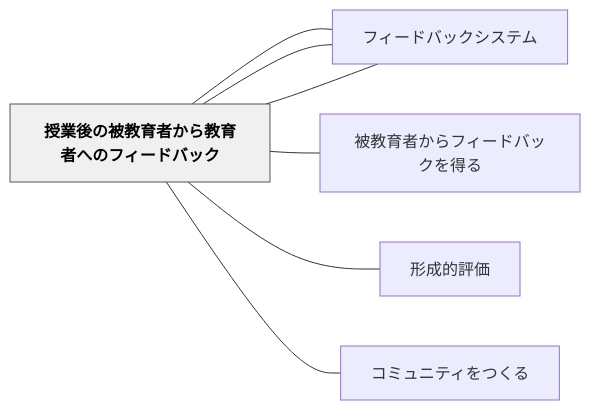
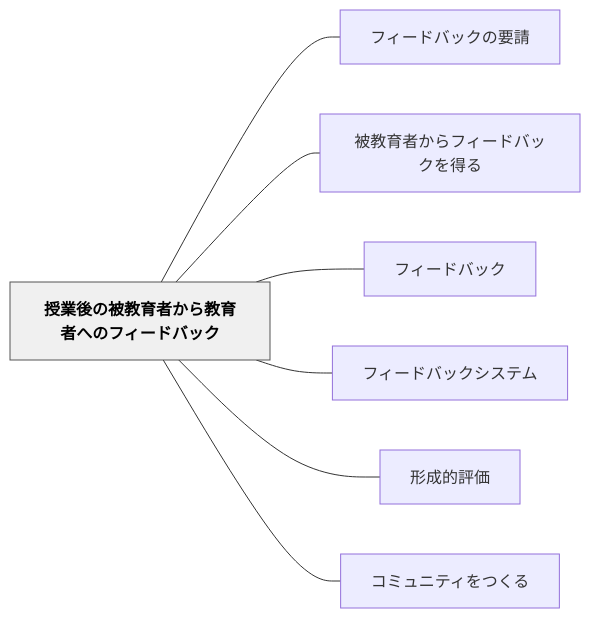
The diagram in content/パタン/授業後の被教育者から教育者へのフィードバック.md (unknownthings-ed-patterns/unknownthings-ed-patterns), drawn with Mermaid before and after one commit. The commit also changed 527 other files, not shown here.

````diff
--- a/content/パタン/授業後の被教育者から教育者へのフィードバック.md
+++ b/content/パタン/授業後の被教育者から教育者へのフィードバック.md
@@ -54,20 +54,20 @@
 ```mermaid
 flowchart LR
-    ne68e88e6a5ad["授業後の被教育者から教育者へのフィードバック"]
-    ne38395e382a3["フィードバックの要請"]
-    ne8a2abe69599["被教育者からフィードバックを得る"]
-    ne38395e382a3["フィードバック"]
-    ne38395e382a3["フィードバックシステム"]
-    ne5bda2e68890["形成的評価"]
-    ne382b3e3839f["コミュニティをつくる"]
+    ne68e88e6a5ade5be8ce381aee8a2abe69599e882b2e88085e3818be38289e69599e882b2e88085e381b8e381aee38395e382a3e383bce38389e38390e38383e382af["授業後の被教育者から教育者へのフィードバック"]
+    ne38395e382a3e383bce38389e38390e38383e382afe381aee8a681e8ab8b["フィードバックの要請"]
+    ne8a2abe69599e882b2e88085e3818be38289e38395e382a3e383bce38389e38390e38383e382afe38292e5be97e3828b["被教育者からフィードバックを得る"]
+    ne38395e382a3e383bce38389e38390e38383e382af["フィードバック"]
+    ne38395e382a3e383bce38389e38390e38383e382afe382b7e382b9e38386e383a0["フィードバックシステム"]
+    ne5bda2e68890e79a84e8a995e4bea1["形成的評価"]
+    ne382b3e3839fe383a5e3838be38386e382a3e38292e381a4e3818fe3828b["コミュニティをつくる"]
 
-    ne68e88e6a5ad --- ne38395e382a3
-    ne68e88e6a5ad --- ne8a2abe69599
-    ne68e88e6a5ad --- ne38395e382a3
-    ne68e88e6a5ad --- ne38395e382a3
-    ne68e88e6a5ad --- ne5bda2e68890
-    ne68e88e6a5ad --- ne382b3e3839f
+    ne68e88e6a5ade5be8ce381aee8a2abe69599e882b2e88085e3818be38289e69599e882b2e88085e381b8e381aee38395e382a3e383bce38389e38390e38383e382af --- ne38395e382a3e383bce38389e38390e38383e382afe381aee8a681e8ab8b
+    ne68e88e6a5ade5be8ce381aee8a2abe69599e882b2e88085e3818be38289e69599e882b2e88085e381b8e381aee38395e382a3e383bce38389e38390e38383e382af --- ne8a2abe69599e882b2e88085e3818be38289e38395e382a3e383bce38389e38390e38383e382afe38292e5be97e3828b
+    ne68e88e6a5ade5be8ce381aee8a2abe69599e882b2e88085e3818be38289e69599e882b2e88085e381b8e381aee38395e382a3e383bce38389e38390e38383e382af --- ne38395e382a3e383bce38389e38390e38383e382af
+    ne68e88e6a5ade5be8ce381aee8a2abe69599e882b2e88085e3818be38289e69599e882b2e88085e381b8e381aee38395e382a3e383bce38389e38390e38383e382af --- ne38395e382a3e383bce38389e38390e38383e382afe382b7e382b9e38386e383a0
+    ne68e88e6a5ade5be8ce381aee8a2abe69599e882b2e88085e3818be38289e69599e882b2e88085e381b8e381aee38395e382a3e383bce38389e38390e38383e382af --- ne5bda2e68890e79a84e8a995e4bea1
+    ne68e88e6a5ade5be8ce381aee8a2abe69599e882b2e88085e3818be38289e69599e882b2e88085e381b8e381aee38395e382a3e383bce38389e38390e38383e382af --- ne382b3e3839fe383a5e3838be38386e382a3e38292e381a4e3818fe3828b
 
     classDef hub fill:#f0f0f0,stroke:#555,color:#000,font-weight:bold
-    class ne68e88e6a5ad hub
+    class ne68e88e6a5ade5be8ce381aee8a2abe69599e882b2e88085e3818be38289e69599e882b2e88085e381b8e381aee38395e382a3e383bce38389e38390e38383e382af hub
 ```
````
